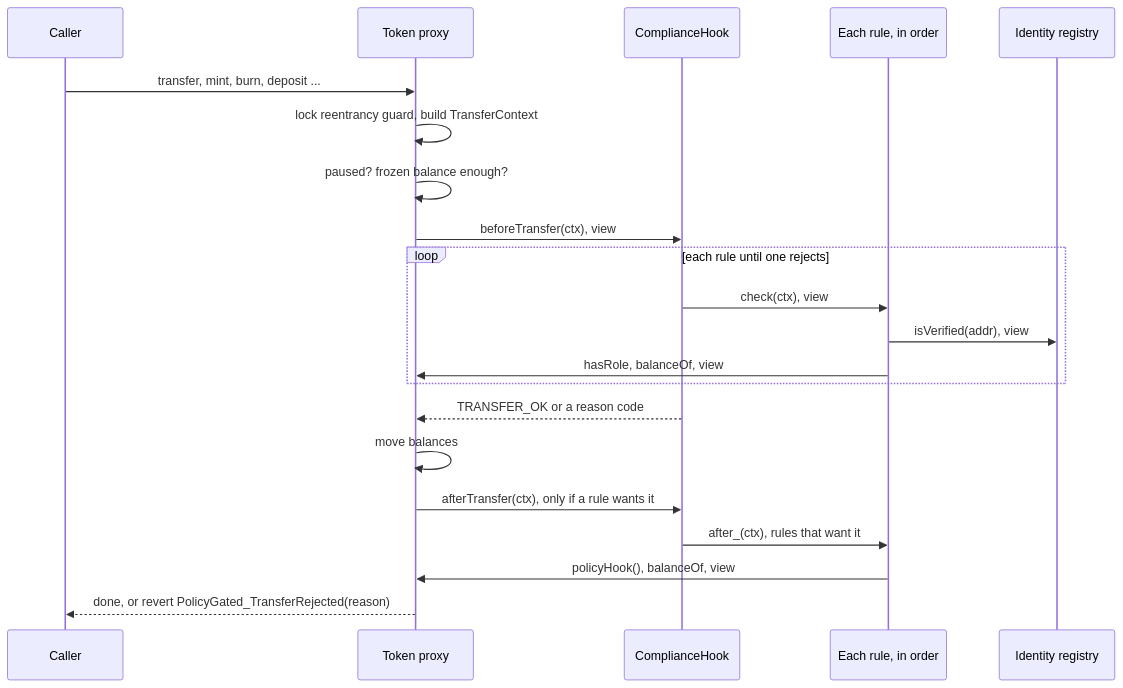
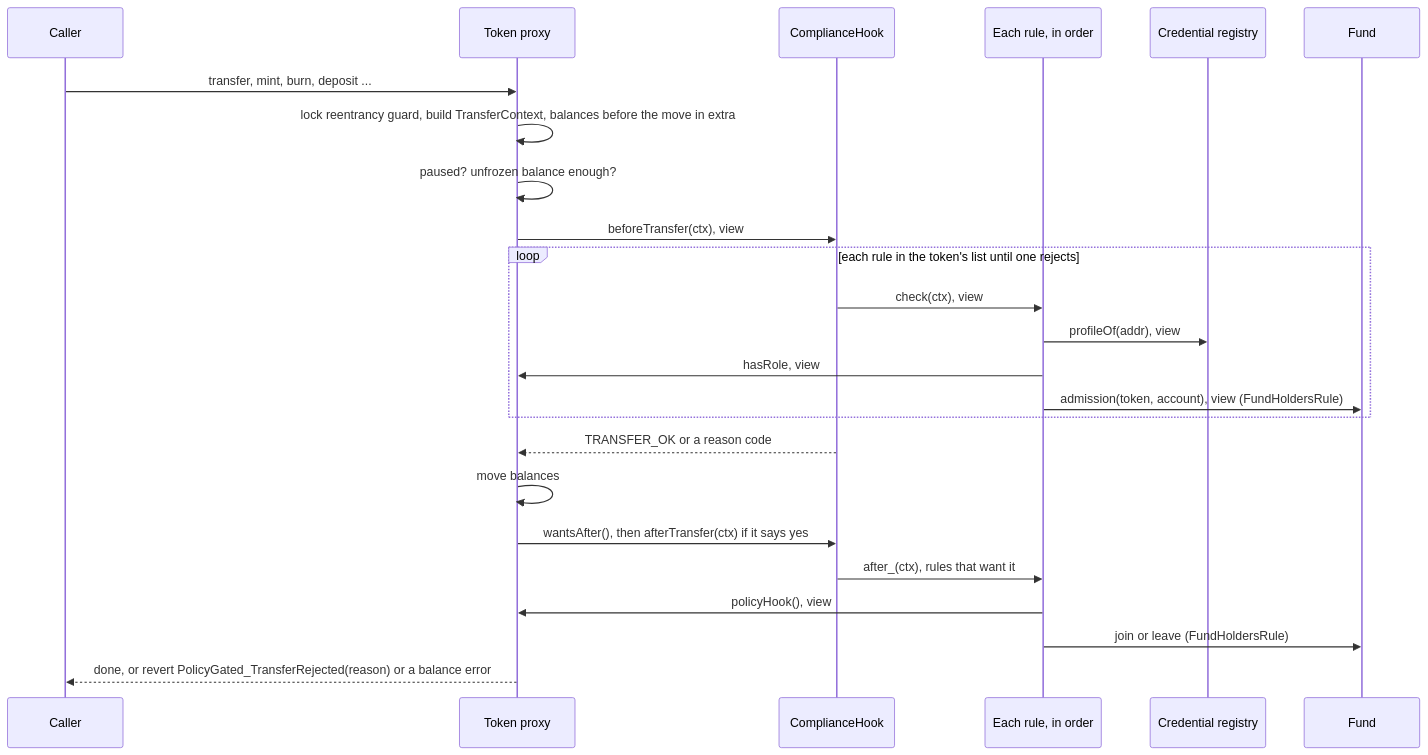
The second of 3 diagrams in docs/architecture.md (fepvenancio/rwa-token), drawn with Mermaid before and after one commit. The commit also changed other lines of this file and 116 other files, not shown here.

First line of the commit message:
Fund layer, DvP, review items, credential layer and the ProxyDeployer check (#3)

````diff
--- a/docs/architecture.md
+++ b/docs/architecture.md
@@ -62,24 +71,27 @@
 ```mermaid
 sequenceDiagram
   participant C as Caller
   participant T as Token proxy
   participant H as ComplianceHook
   participant R as Each rule, in order
-  participant X as Identity registry
+  participant X as Credential registry
+  participant F as Fund
 
   C->>T: transfer, mint, burn, deposit ...
-  T->>T: lock reentrancy guard, build TransferContext
-  T->>T: paused? frozen balance enough?
+  T->>T: lock reentrancy guard, build TransferContext, balances before the move in extra
+  T->>T: paused? unfrozen balance enough?
   T->>H: beforeTransfer(ctx), view
-  loop each rule until one rejects
+  loop each rule in the token's list until one rejects
     H->>R: check(ctx), view
-    R->>X: isVerified(addr), view
-    R->>T: hasRole, balanceOf, view
+    R->>X: profileOf(addr), view
+    R->>T: hasRole, view
+    R->>F: admission(token, account), view (FundHoldersRule)
   end
   H-->>T: TRANSFER_OK or a reason code
   T->>T: move balances
-  T->>H: afterTransfer(ctx), only if a rule wants it
+  T->>H: wantsAfter(), then afterTransfer(ctx) if it says yes
   H->>R: after_(ctx), rules that want it
-  R->>T: policyHook(), balanceOf, view
-  T-->>C: done, or revert PolicyGated_TransferRejected(reason)
+  R->>T: policyHook(), view
+  R->>F: join or leave (FundHoldersRule)
+  T-->>C: done, or revert PolicyGated_TransferRejected(reason) or a balance error
 ```
````
